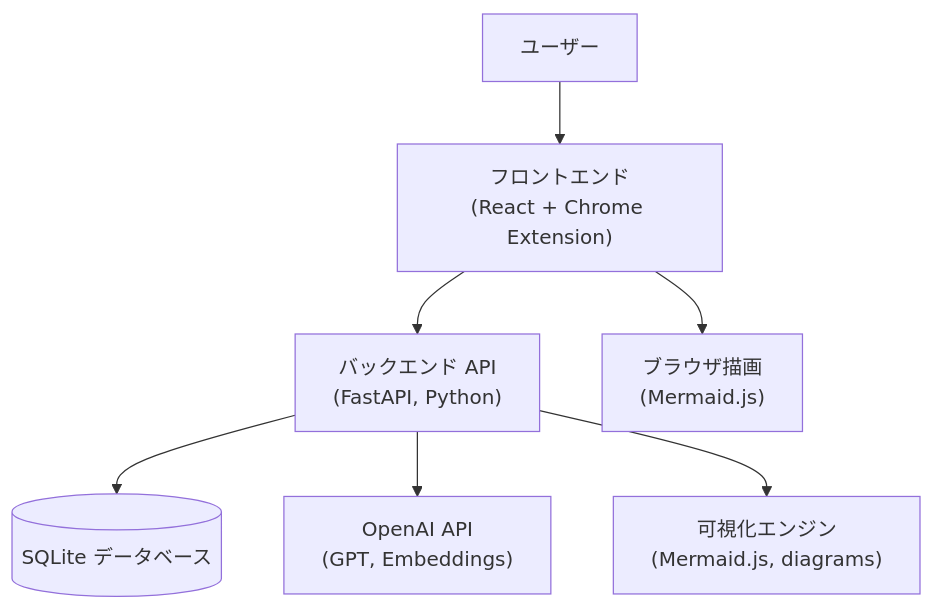
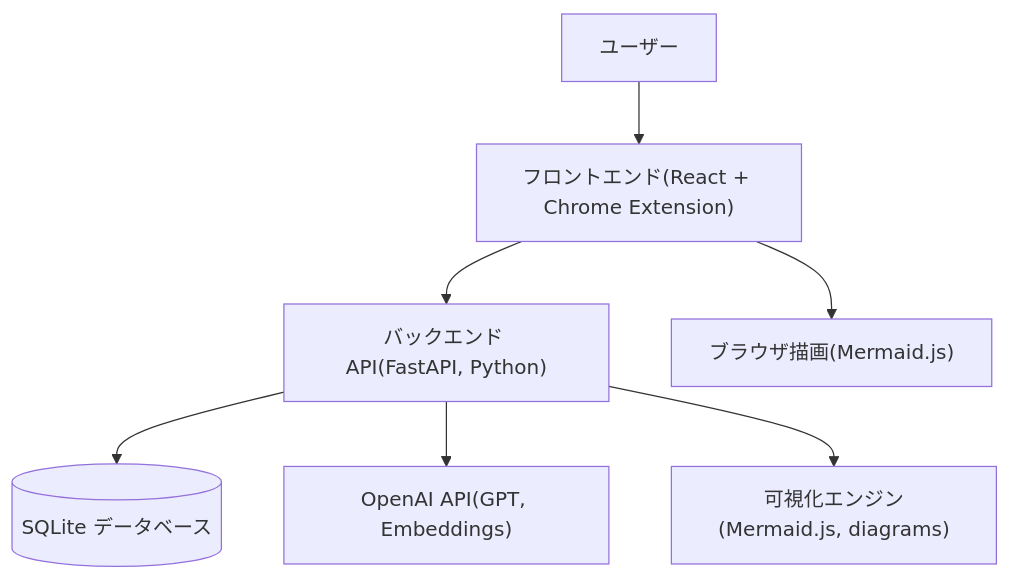
One commit to quanzhonghuying/StructNote changed the diagram in docs/Architecture_v1.0.md. Above: the diagram before and after it, drawn with Mermaid.

Commit message:
Update Architecture_v1.0.md
delete the /n

````diff
--- a/docs/Architecture_v1.0.md
+++ b/docs/Architecture_v1.0.md
@@ -27,18 +27,18 @@
 ```mermaid
 graph TD
     user[ユーザー]
-    fe["フロントエンド\n(React + Chrome Extension)"]
-    api["バックエンド API\n(FastAPI, Python)"]
+    fe["フロントエンド(React + Chrome Extension)"]
+    api["バックエンド API(FastAPI, Python)"]
     db[(SQLite データベース)]
-    openai["OpenAI API\n(GPT, Embeddings)"]
-    viz["可視化エンジン\n(Mermaid.js, diagrams)"]
-    render["ブラウザ描画\n(Mermaid.js)"]
+    openai["OpenAI API(GPT, Embeddings)"]
+    viz["可視化エンジン(Mermaid.js, diagrams)"]
+    render["ブラウザ描画(Mermaid.js)"]
 
     user --> fe
     fe --> api
     api --> db
     api --> openai
     api --> viz
     fe --> render
 
 ```
````
